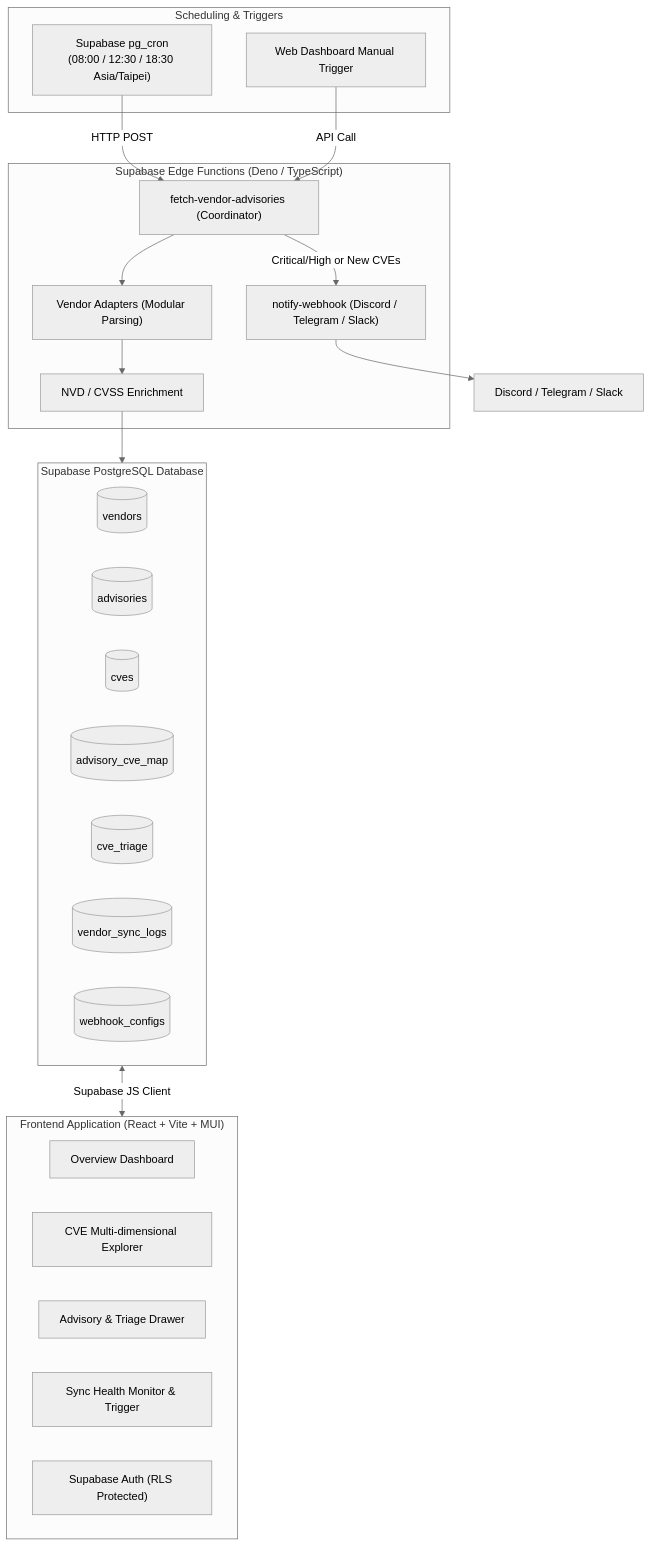
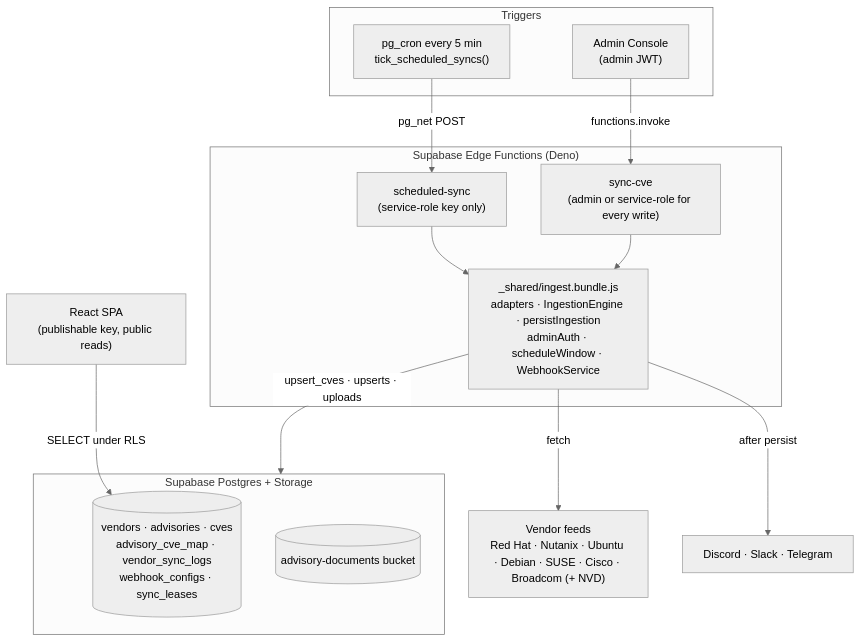
Before and after one commit to CTJ425/vuln-beacon: the diagram in docs/agent/PLAN.md, drawn with Mermaid (neutral theme). The commit also changed other lines of this file and 12 other files, not shown here.

First line of the commit message:
release: 1.3.0 - admin-only writes, merged CVE rows, sync lease, docs refresh

````diff
--- a/docs/agent/PLAN.md
+++ b/docs/agent/PLAN.md
@@ -22,41 +9,31 @@
 ```mermaid
 flowchart TD
-    subgraph Schedulers["Scheduling & Triggers"]
-        Cron["Supabase pg_cron<br/>(08:00 / 12:30 / 18:30 Asia/Taipei)"]
-        Manual["Web Dashboard Manual Trigger"]
+    subgraph Triggers
+        Cron["pg_cron every 5 min<br/>tick_scheduled_syncs()"]
+        Admin["Admin Console<br/>(admin JWT)"]
     end
 
-    subgraph Edge["Supabase Edge Functions (Deno / TypeScript)"]
-        Coord["fetch-vendor-advisories (Coordinator)"]
-        Adp["Vendor Adapters (Modular Parsing)"]
-        Enrich["NVD / CVSS Enrichment"]
-        Webhook["notify-webhook (Discord / Telegram / Slack)"]
+    subgraph Edge["Supabase Edge Functions (Deno)"]
+        Sched["scheduled-sync<br/>(service-role key only)"]
+        SyncCve["sync-cve<br/>(admin or service-role for every write)"]
+        Bundle["_shared/ingest.bundle.js<br/>adapters · IngestionEngine · persistIngestion<br/>adminAuth · scheduleWindow · WebhookService"]
     end
 
-    subgraph DB["Supabase PostgreSQL Database"]
-        T_Vendors[("vendors")]
-        T_Adv[("advisories")]
-        T_CVE[("cves")]
-        T_Map[("advisory_cve_map")]
-        T_Triage[("cve_triage")]
-        T_Logs[("vendor_sync_logs")]
-        T_Hooks[("webhook_configs")]
+    subgraph DB["Supabase Postgres + Storage"]
+        Tables[("vendors · advisories · cves<br/>advisory_cve_map · vendor_sync_logs<br/>webhook_configs · sync_leases")]
+        Bucket[("advisory-documents bucket")]
     end
 
-    subgraph Client["Frontend Application (React + Vite + MUI)"]
-        Dash["Overview Dashboard"]
-        Exp["CVE Multi-dimensional Explorer"]
-        Detail["Advisory & Triage Drawer"]
-        Health["Sync Health Monitor & Trigger"]
-        Auth["Supabase Auth (RLS Protected)"]
-    end
+    Browser["React SPA<br/>(publishable key, public reads)"]
+    Feeds["Vendor feeds<br/>Red Hat · Nutanix · Ubuntu · Debian · SUSE · Cisco · Broadcom (+ NVD)"]
+    Hooks["Discord · Slack · Telegram"]
 
-    Cron -->|HTTP POST| Coord
-    Manual -->|API Call| Coord
-    Coord --> Adp
-    Adp --> Enrich
-    Enrich --> DB
-    Coord -->|Critical/High or New CVEs| Webhook
-    Webhook --> Channels["Discord / Telegram / Slack"]
-    DB <-->|Supabase JS Client| Client
+    Cron -->|pg_net POST| Sched
+    Admin -->|functions.invoke| SyncCve
+    Sched --> Bundle
+    SyncCve --> Bundle
+    Bundle -->|fetch| Feeds
+    Bundle -->|upsert_cves · upserts · uploads| DB
+    Bundle -->|after persist| Hooks
+    Browser -->|SELECT under RLS| Tables
 ```
````
